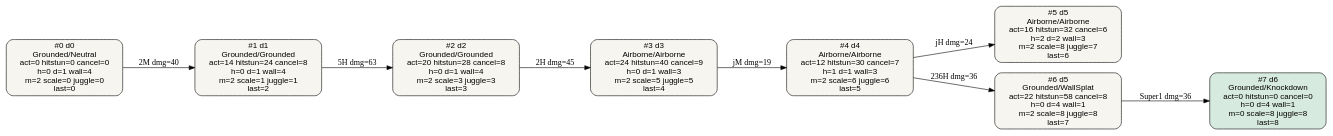
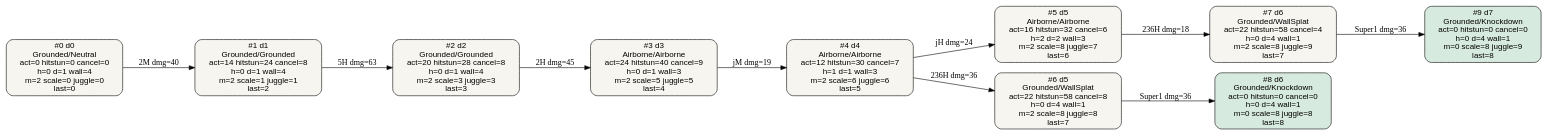
One commit to ti-556/ComboZDD changed the diagram in combo_lens_state_graph.dot. Above: the diagram before and after it, drawn with Graphviz. The commit also changed 9 other files, not shown here.

```diff
--- a/combo_lens_state_graph.dot
+++ b/combo_lens_state_graph.dot
@@ -1,19 +1,23 @@
 digraph StateTransitionGraph {
   rankdir=LR;
   node [shape=box, style="rounded,filled", fontname="Helvetica"];
   s0 [label="#0 d0\nGrounded/Neutral\nact=0 hitstun=0 cancel=0\nh=0 d=1 wall=4\nm=2 scale=0 juggle=0\nlast=0", fillcolor="#f7f5ef"];
   s1 [label="#1 d1\nGrounded/Grounded\nact=14 hitstun=24 cancel=8\nh=0 d=1 wall=4\nm=2 scale=1 juggle=1\nlast=2", fillcolor="#f7f5ef"];
   s2 [label="#2 d2\nGrounded/Grounded\nact=20 hitstun=28 cancel=8\nh=0 d=1 wall=4\nm=2 scale=3 juggle=3\nlast=3", fillcolor="#f7f5ef"];
   s3 [label="#3 d3\nAirborne/Airborne\nact=24 hitstun=40 cancel=9\nh=0 d=1 wall=3\nm=2 scale=5 juggle=5\nlast=4", fillcolor="#f7f5ef"];
   s4 [label="#4 d4\nAirborne/Airborne\nact=12 hitstun=30 cancel=7\nh=1 d=1 wall=3\nm=2 scale=6 juggle=6\nlast=5", fillcolor="#f7f5ef"];
   s5 [label="#5 d5\nAirborne/Airborne\nact=16 hitstun=32 cancel=6\nh=2 d=2 wall=3\nm=2 scale=8 juggle=7\nlast=6", fillcolor="#f7f5ef"];
   s6 [label="#6 d5\nGrounded/WallSplat\nact=22 hitstun=58 cancel=8\nh=0 d=4 wall=1\nm=2 scale=8 juggle=8\nlast=7", fillcolor="#f7f5ef"];
-  s7 [label="#7 d6\nGrounded/Knockdown\nact=0 hitstun=0 cancel=0\nh=0 d=4 wall=1\nm=0 scale=8 juggle=8\nlast=8", fillcolor="#d7eadf"];
+  s7 [label="#7 d6\nGrounded/WallSplat\nact=22 hitstun=58 cancel=4\nh=0 d=4 wall=1\nm=2 scale=8 juggle=9\nlast=7", fillcolor="#f7f5ef"];
+  s8 [label="#8 d6\nGrounded/Knockdown\nact=0 hitstun=0 cancel=0\nh=0 d=4 wall=1\nm=0 scale=8 juggle=8\nlast=8", fillcolor="#d7eadf"];
+  s9 [label="#9 d7\nGrounded/Knockdown\nact=0 hitstun=0 cancel=0\nh=0 d=4 wall=1\nm=0 scale=8 juggle=9\nlast=8", fillcolor="#d7eadf"];
   s0 -> s1 [label="2M dmg=40"];
   s1 -> s2 [label="5H dmg=63"];
   s2 -> s3 [label="2H dmg=45"];
   s3 -> s4 [label="jM dmg=19"];
   s4 -> s5 [label="jH dmg=24"];
   s4 -> s6 [label="236H dmg=36"];
-  s6 -> s7 [label="Super1 dmg=36"];
+  s5 -> s7 [label="236H dmg=18"];
+  s6 -> s8 [label="Super1 dmg=36"];
+  s7 -> s9 [label="Super1 dmg=36"];
 }
```
